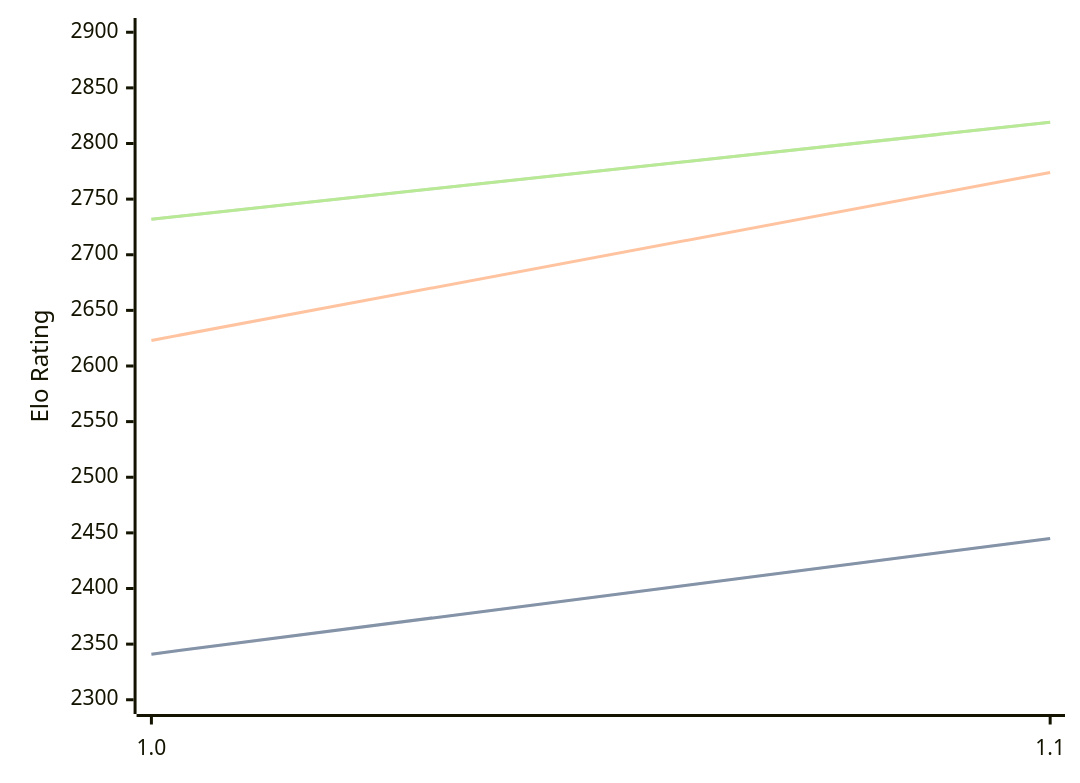
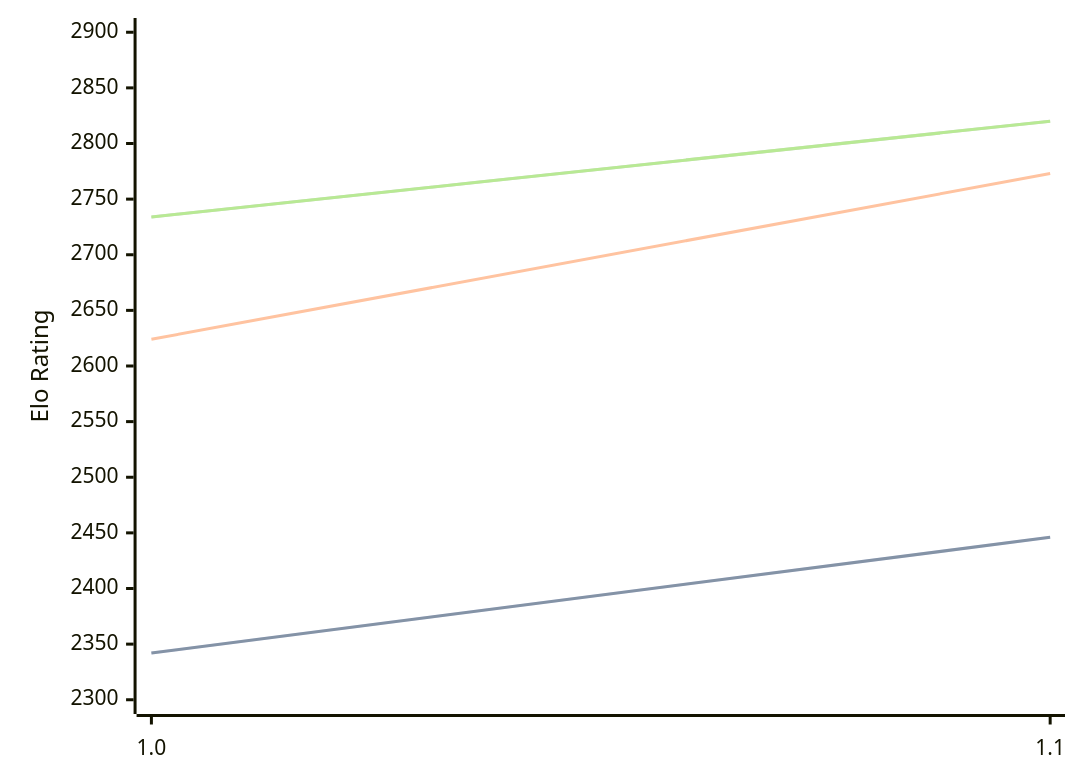
One commit to computer-chess-index/cci changed the diagram in engines/Casanchess.md. Above: the diagram before and after it, drawn with Mermaid. The commit also changed other lines of this file, not shown here.

Commit message:
Update CCI Ratings (ELO VLTC) - 2026-08-26

````diff
--- a/engines/Casanchess.md
+++ b/engines/Casanchess.md
@@ -32,11 +32,11 @@
 ```mermaid
 %%{init: {"theme":"base","themeVariables":{"seriesColors:['#a3a3a3','#222221','#faa371']}}}%%
 xychart-beta
   x-axis ["1.0", "1.1"]
   y-axis "Elo Rating" 2300 --> 2900
-  line "STC (8.0+0.08s)" [2341, 2445]
-  line "STC (8.0+0.08s)" [2341, 2445]
-  line "LTC (60.0+0.60s)" [2623, 2774]
-  line "VLTC (2m24s+1.12s)" [2732, 2819]
-  line "VLTC (2m24s+1.12s)" [2732, 2819]
+  line "STC (8.0+0.08s)" [2342, 2446]
+  line "STC (8.0+0.08s)" [2342, 2446]
+  line "LTC (60.0+0.60s)" [2624, 2773]
+  line "VLTC (2m24s+1.12s)" [2734, 2820]
+  line "VLTC (2m24s+1.12s)" [2734, 2820]
 ```
````
